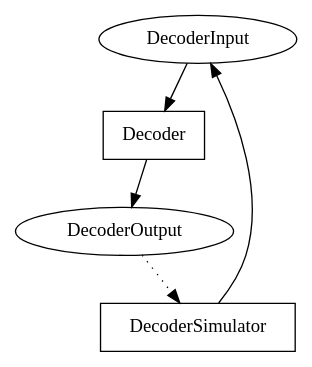
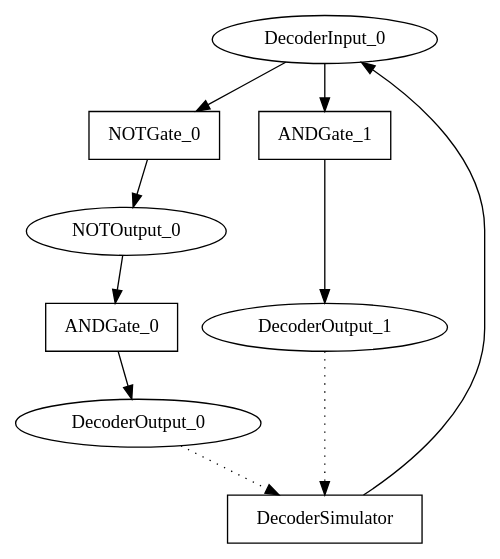
The diagram in SME_Implementations/Decoder_1_Bit_Gate_Implementation/output/network.dot (DanielRamyar/Master_Thesis), drawn with Graphviz before and after one commit. The commit also changed 30 other files, not shown here.

```diff
--- a/SME_Implementations/Decoder_1_Bit_Gate_Implementation/output/network.dot
+++ b/SME_Implementations/Decoder_1_Bit_Gate_Implementation/output/network.dot
@@ -1,10 +1,19 @@
 digraph Decoder_1_Bit {
-"DecoderInput" [shape=oval];
-"DecoderOutput" [shape=oval];
-"Decoder" [shape=box];
+"DecoderInput_0" [shape=oval];
+"NOTOutput_0" [shape=oval];
+"DecoderOutput_0" [shape=oval];
+"DecoderOutput_1" [shape=oval];
+"NOTGate_0" [shape=box];
+"ANDGate_1" [shape=box];
+"ANDGate_0" [shape=box];
 "DecoderSimulator" [shape=box];
-"DecoderInput" -> "Decoder";
-"DecoderSimulator" -> "DecoderInput";
-"Decoder" -> "DecoderOutput";
-"DecoderOutput" -> "DecoderSimulator" [style=dotted];
+"DecoderInput_0" -> "NOTGate_0";
+"DecoderInput_0" -> "ANDGate_1";
+"NOTOutput_0" -> "ANDGate_0";
+"DecoderSimulator" -> "DecoderInput_0";
+"NOTGate_0" -> "NOTOutput_0";
+"ANDGate_0" -> "DecoderOutput_0";
+"ANDGate_1" -> "DecoderOutput_1";
+"DecoderOutput_0" -> "DecoderSimulator" [style=dotted];
+"DecoderOutput_1" -> "DecoderSimulator" [style=dotted];
 }
```
